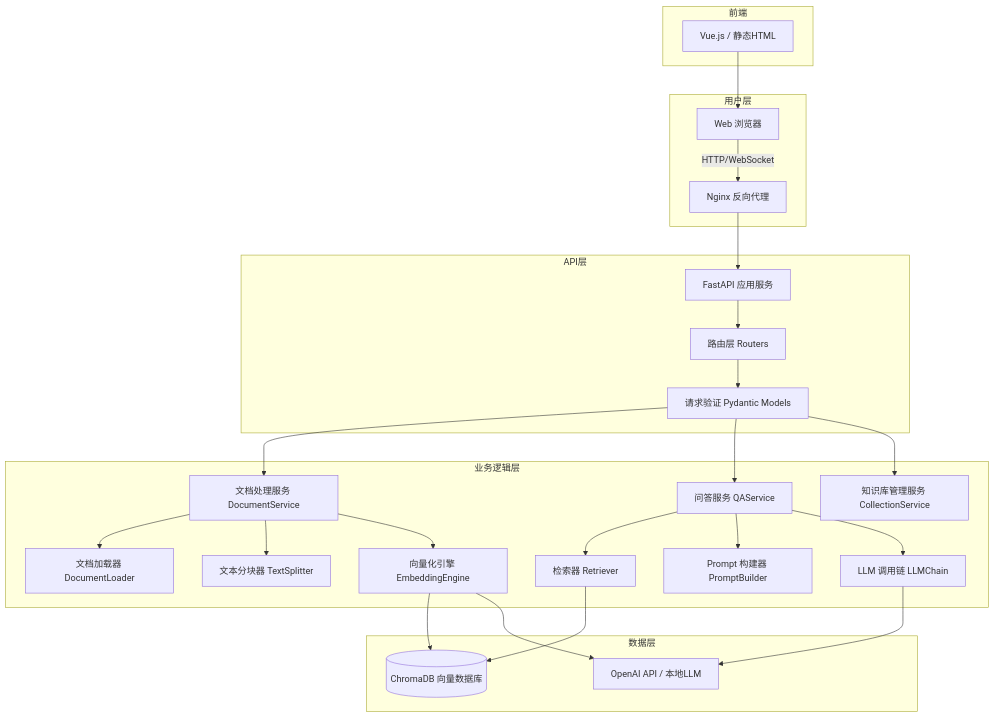
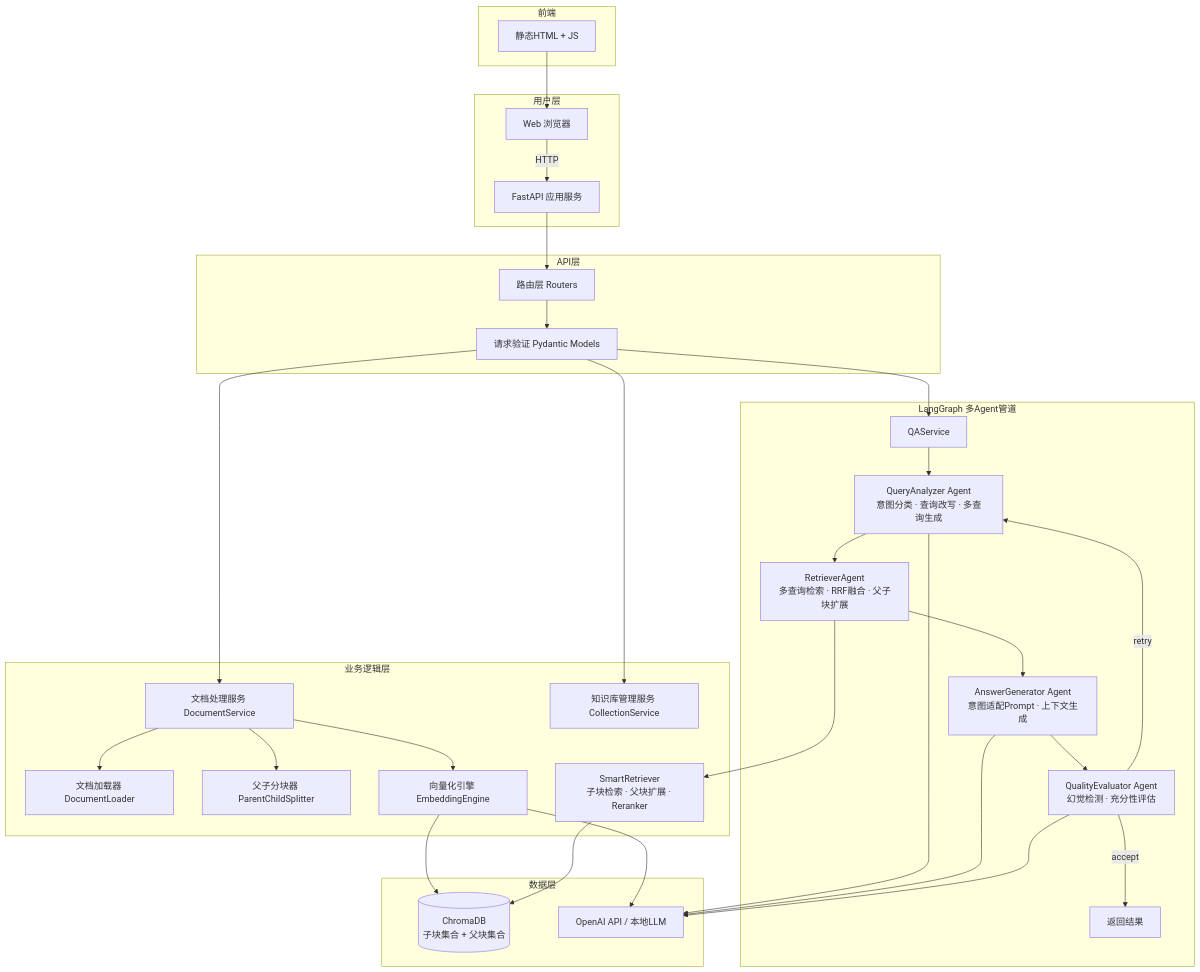
The first of 4 diagrams in docs/SDD.md (jia926778/smart-qa-rag), drawn with Mermaid before and after one commit. The commit also changed other lines of this file, not shown here.

Commit message:
docs: Update SDD with LangGraph multi-agent architecture
- Replace linear architecture diagram with LangGraph agent pipeline
- Add stateDiagram showing agent flow with retry loop
- Update directory structure to include app/agents/ module

````diff
--- a/docs/SDD.md
+++ b/docs/SDD.md
@@ -104,37 +104,43 @@
 ```mermaid
 graph TB
     subgraph 用户层
-        A[Web 浏览器] -->|HTTP/WebSocket| B[Nginx 反向代理]
+        A[Web 浏览器] -->|HTTP| B[FastAPI 应用服务]
     end
 
     subgraph API层
-        B --> C[FastAPI 应用服务]
-        C --> D[路由层 Routers]
-        D --> E[请求验证 Pydantic Models]
+        B --> C[路由层 Routers]
+        C --> D[请求验证 Pydantic Models]
+    end
+
+    subgraph LangGraph 多Agent管道
+        D --> QA[QAService]
+        QA --> G1[QueryAnalyzer Agent<br/>意图分类 · 查询改写 · 多查询生成]
+        G1 --> G2[RetrieverAgent<br/>多查询检索 · RRF融合 · 父子块扩展]
+        G2 --> G3[AnswerGenerator Agent<br/>意图适配Prompt · 上下文生成]
+        G3 --> G4[QualityEvaluator Agent<br/>幻觉检测 · 充分性评估]
+        G4 -->|accept| OUT[返回结果]
+        G4 -->|retry| G1
     end
 
     subgraph 业务逻辑层
-        E --> F[文档处理服务 DocumentService]
-        E --> G[问答服务 QAService]
-        E --> H[知识库管理服务 CollectionService]
+        D --> F[文档处理服务 DocumentService]
+        D --> H[知识库管理服务 CollectionService]
 
         F --> I[文档加载器 DocumentLoader]
-        F --> J[文本分块器 TextSplitter]
+        F --> J[父子分块器 ParentChildSplitter]
         F --> K[向量化引擎 EmbeddingEngine]
 
-        G --> L[检索器 Retriever]
-        G --> M[Prompt 构建器 PromptBuilder]
-        G --> N[LLM 调用链 LLMChain]
+        G2 --> L[SmartRetriever<br/>子块检索 · 父块扩展 · Reranker]
     end
 
     subgraph 数据层
-        K --> O[(ChromaDB 向量数据库)]
+        K --> O[(ChromaDB<br/>子块集合 + 父块集合)]
         L --> O
-        N --> P[OpenAI API / 本地LLM]
+        G1 & G3 & G4 --> P[OpenAI API / 本地LLM]
         K --> P
     end
 
     subgraph 前端
-        Q[Vue.js / 静态HTML] --> A
+        Q[静态HTML + JS] --> A
     end
 ```
````
